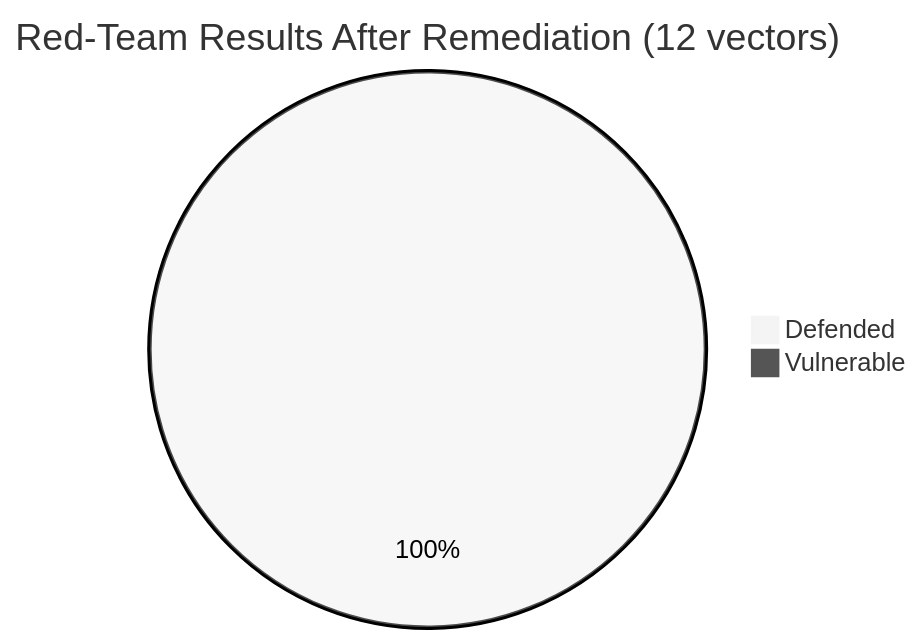
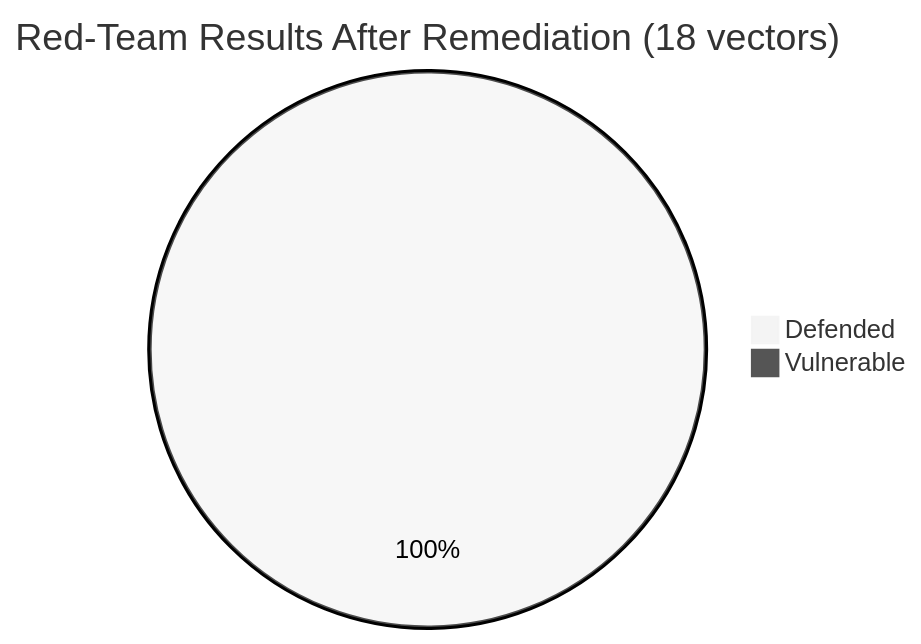
One commit to Addyk-24/Niyam-AI changed the fifth of 5 diagrams in README.md. Above: the diagram before and after it, drawn with Mermaid. The commit also changed other lines of this file and 2 other files, not shown here.

Commit message:
added readme updated with architectural and systems and requirement file and gitignore

````diff
--- a/README.md
+++ b/README.md
@@ -196,6 +208,6 @@
 ```mermaid
 %%{init: {'theme':'neutral'}}%%
-pie title Red-Team Results After Remediation (12 vectors)
-    "Defended" : 12
+pie title Red-Team Results After Remediation (18 vectors)
+    "Defended" : 18
     "Vulnerable" : 0
 ```
````
